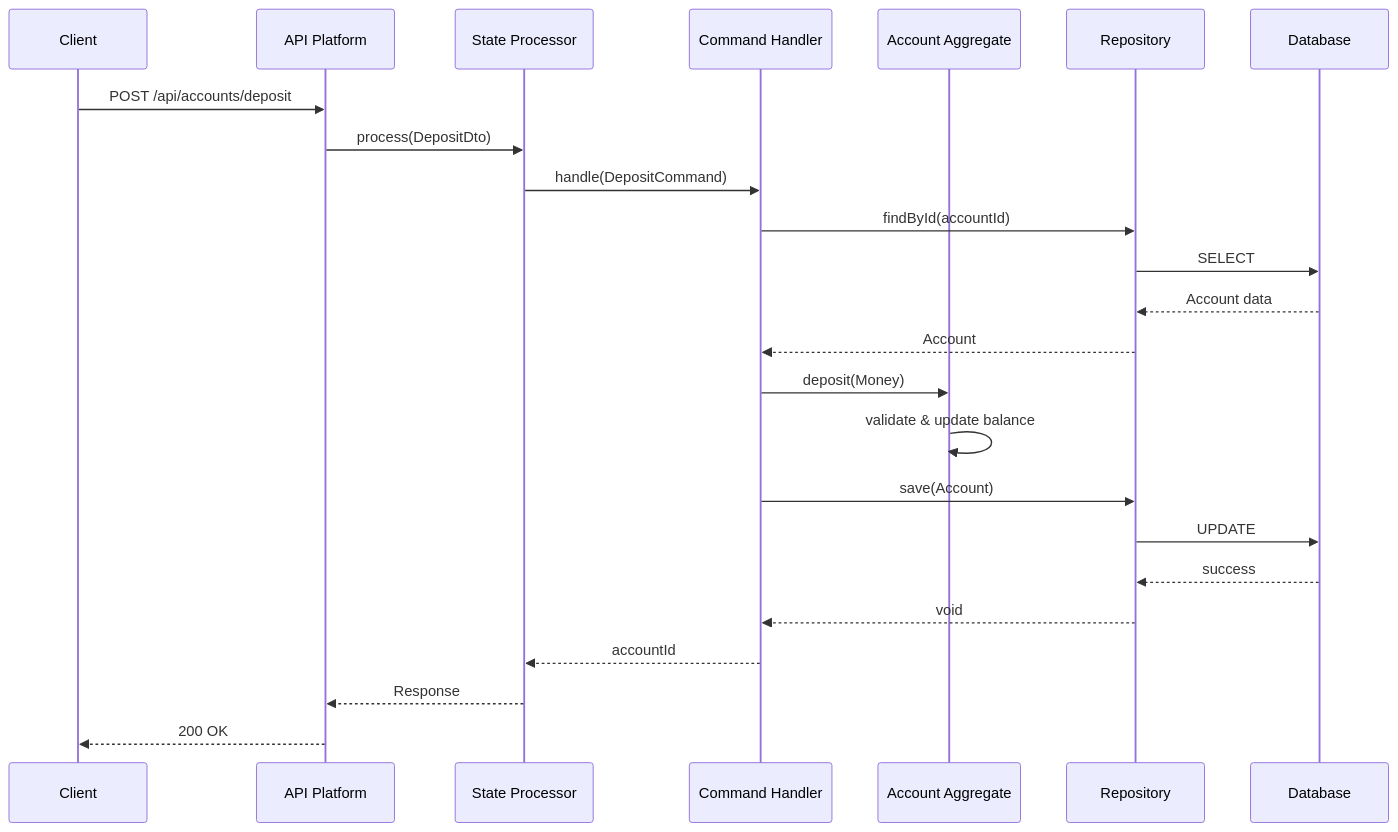
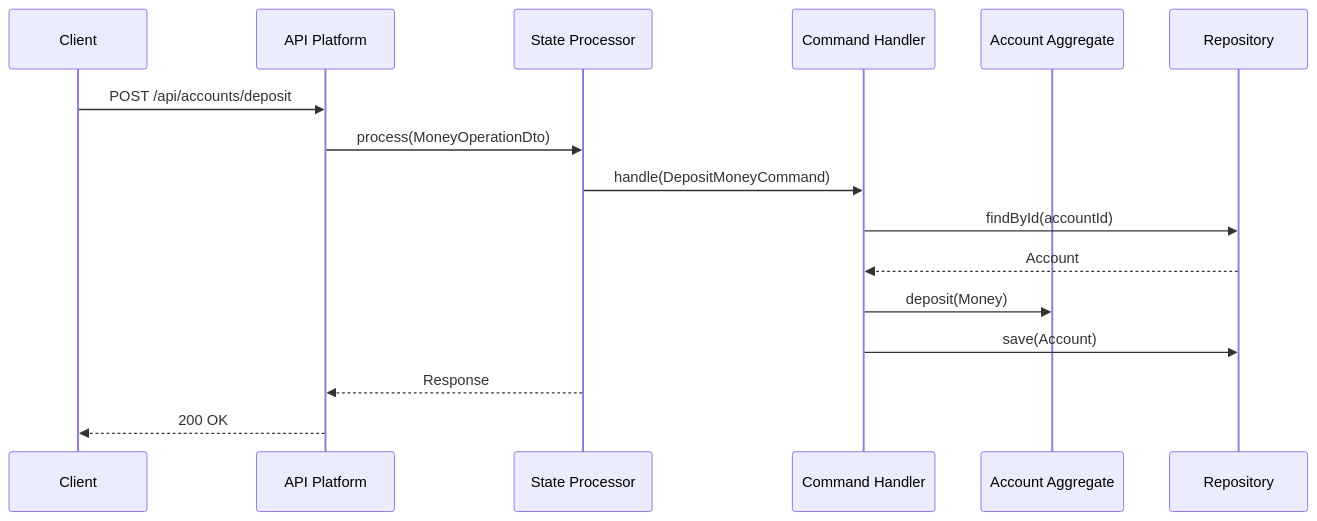
Before and after one commit to toxab/fn_method: the third of 3 diagrams in docs/ARCHITECTURE.md, drawn with Mermaid. The commit also changed other lines of this file and 15 other files, not shown here.

````diff
--- a/docs/ARCHITECTURE.md
+++ b/docs/ARCHITECTURE.md
@@ -271,27 +208,19 @@
 ```mermaid
 sequenceDiagram
     participant Client
     participant API as API Platform
     participant Processor as State Processor
     participant Handler as Command Handler
     participant Domain as Account Aggregate
     participant Repo as Repository
-    participant DB as Database
 
     Client->>API: POST /api/accounts/deposit
-    API->>Processor: process(DepositDto)
-    Processor->>Handler: handle(DepositCommand)
+    API->>Processor: process(MoneyOperationDto)
+    Processor->>Handler: handle(DepositMoneyCommand)
     Handler->>Repo: findById(accountId)
-    Repo->>DB: SELECT
-    DB-->>Repo: Account data
     Repo-->>Handler: Account
     Handler->>Domain: deposit(Money)
-    Domain->>Domain: validate & update balance
     Handler->>Repo: save(Account)
-    Repo->>DB: UPDATE
-    DB-->>Repo: success
-    Repo-->>Handler: void
-    Handler-->>Processor: accountId
     Processor-->>API: Response
     API-->>Client: 200 OK
 ```
````
